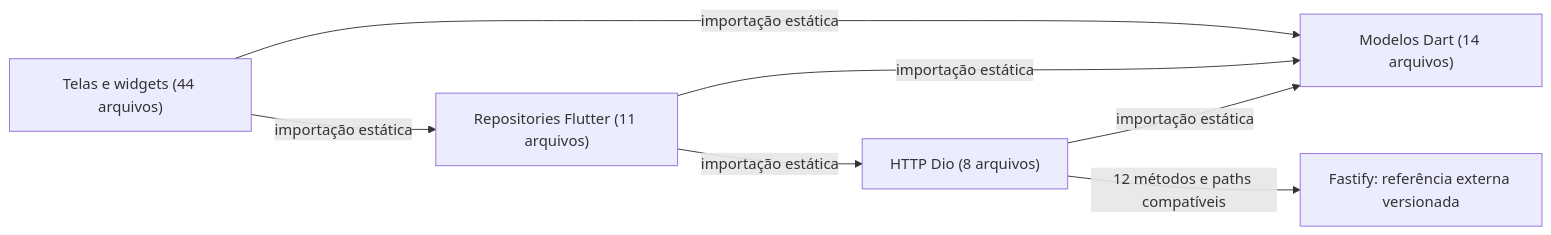
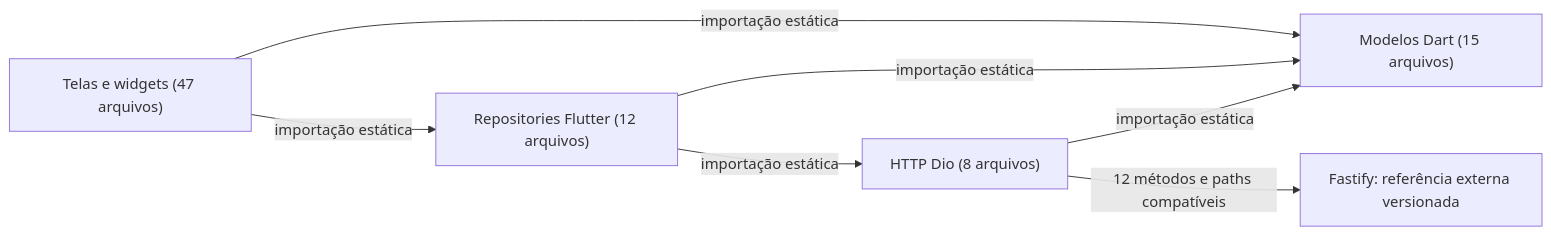
One commit to richardcastrogois/TrainForge changed the first of 2 diagrams in docs/arquitetura/README.md. Above: the diagram before and after it, drawn with Mermaid. The commit also changed other lines of this file and 72 other files, not shown here.

````diff
--- a/docs/arquitetura/README.md
+++ b/docs/arquitetura/README.md
@@ -19,14 +19,14 @@
 ```mermaid
 flowchart LR
-    node0["Telas e widgets (44 arquivos)"]
-    node1["Repositories Flutter (11 arquivos)"]
+    node0["Telas e widgets (47 arquivos)"]
+    node1["Repositories Flutter (12 arquivos)"]
     node2["HTTP Dio (8 arquivos)"]
-    node3["Modelos Dart (14 arquivos)"]
+    node3["Modelos Dart (15 arquivos)"]
     node4["Fastify: referência externa versionada"]
     node2 -->|"importação estática"| node3
     node1 -->|"importação estática"| node2
     node1 -->|"importação estática"| node3
     node0 -->|"importação estática"| node3
     node0 -->|"importação estática"| node1
     node2 -->|"12 métodos e paths compatíveis"| node4
 ```
````
